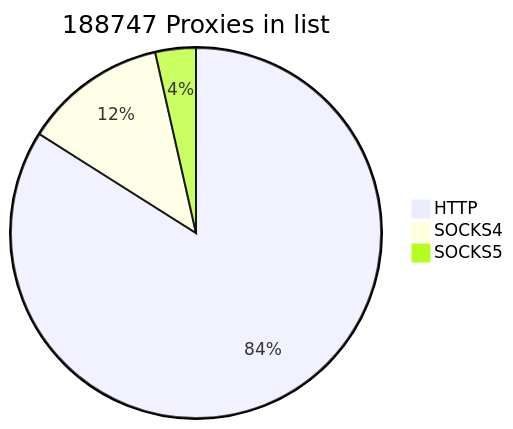
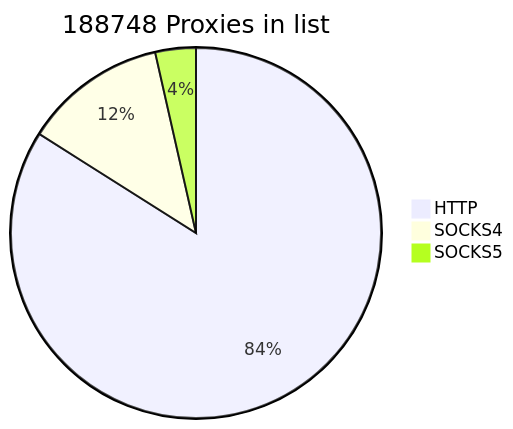
Before and after one commit to cutipu/proxylist: the first of 2 diagrams in README.md, drawn with Mermaid. The commit also changed other lines of this file, not shown here.

````diff
--- a/README.md
+++ b/README.md
@@ -2,7 +2,7 @@
 ```mermaid
-pie title 188747 Proxies in list
+pie title 188748 Proxies in list
     "HTTP" : 158490
-    "SOCKS4" : 23574
-    "SOCKS5" : 6683
+    "SOCKS4" : 23572
+    "SOCKS5" : 6686
             
 ```
````
